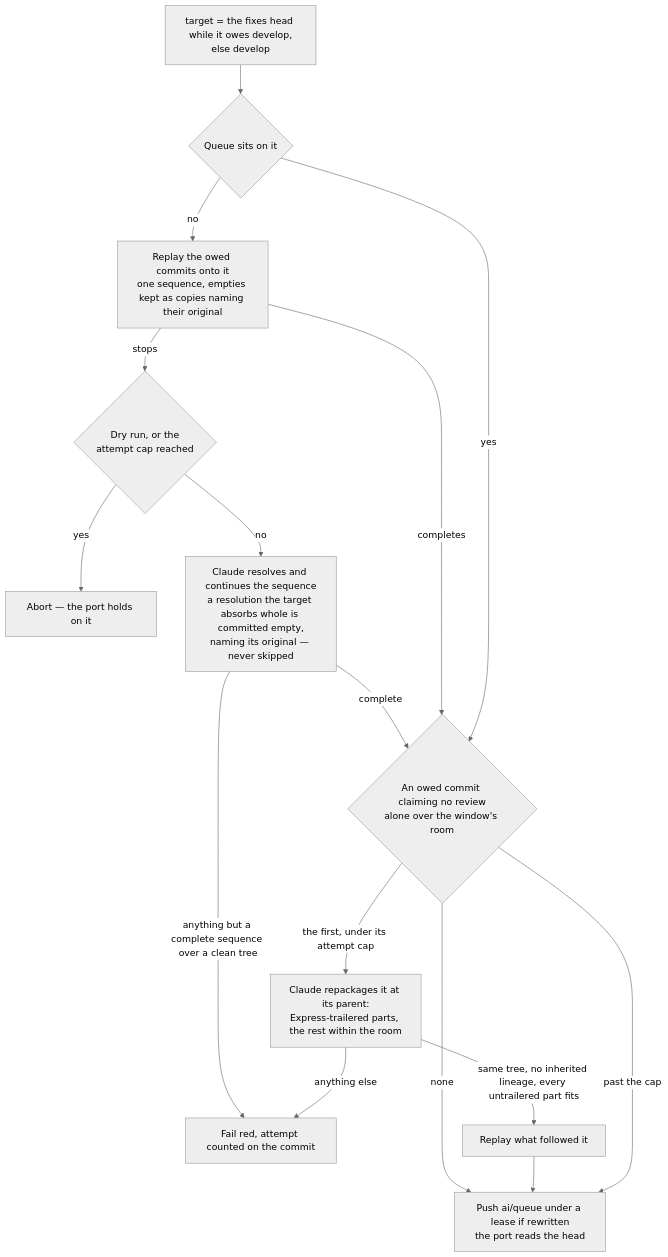
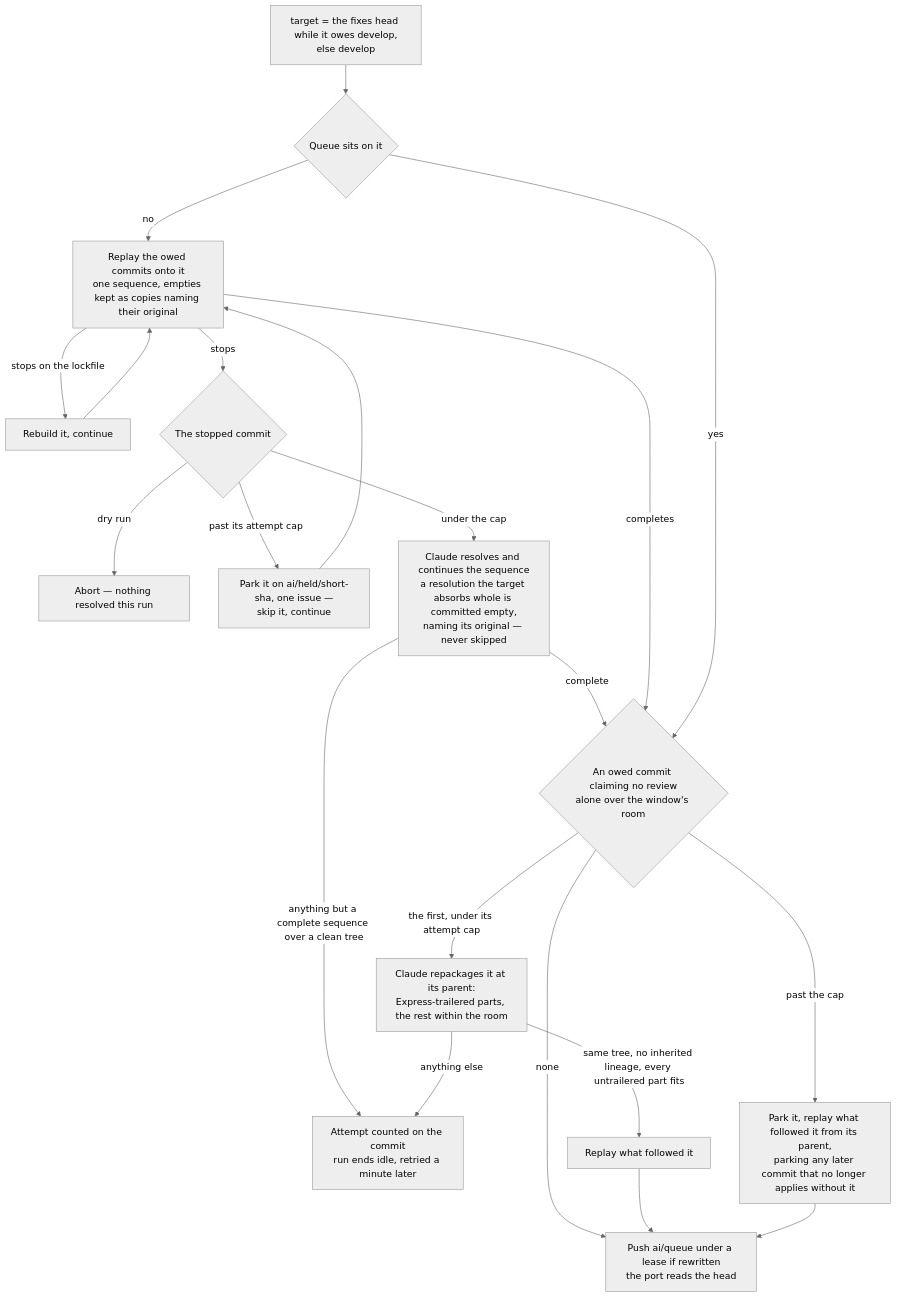
The second of 3 diagrams in apps/web/content/docs/infra/review-collector/collection-cycle.md (Esposter/Esposter), drawn with Mermaid (neutral theme) before and after one commit. The commit also changed other lines of this file and 8 other files, not shown here.

First line of the commit message:
docs(review-collector): a commit past the sync's, the reshaper's or the fold's cap is parked on ai/held/<short-sha> with one issue, and every count is the bot's own through the base's path filters

````diff
--- a/apps/web/content/docs/infra/review-collector/collection-cycle.md
+++ b/apps/web/content/docs/infra/review-collector/collection-cycle.md
@@ -88,17 +89,19 @@
 ```mermaid
 flowchart TD
   T[target = the fixes head while it owes develop,<br/>else develop] --> A{Queue sits on it}
   A -->|no| R[Replay the owed commits onto it<br/>one sequence, empties kept as copies naming their original]
-  R -->|stops| C{Dry run, or the<br/>attempt cap reached}
-  C -->|yes| AB[Abort — the port holds on it]
-  C -->|no| CL[Claude resolves and continues the sequence<br/>a resolution the target absorbs whole is committed empty,<br/>naming its original — never skipped]
-  CL -->|anything but a complete sequence over a clean tree| F[Fail red, attempt counted on the commit]
+  R -->|stops on the lockfile| LF[Rebuild it, continue] --> R
+  R -->|stops| C{The stopped commit}
+  C -->|dry run| AB[Abort — nothing resolved this run]
+  C -->|past its attempt cap| PK[Park it on ai/held/short-sha, one issue —<br/>skip it, continue] --> R
+  C -->|under the cap| CL[Claude resolves and continues the sequence<br/>a resolution the target absorbs whole is committed empty,<br/>naming its original — never skipped]
+  CL -->|anything but a complete sequence over a clean tree| F[Attempt counted on the commit<br/>run ends idle, retried a minute later]
   CL -->|complete| RS
   R -->|completes| RS
   A -->|yes| RS{An owed commit claiming no review<br/>alone over the window's room}
   RS -->|none| P[Push ai/queue under a lease if rewritten<br/>the port reads the head]
   RS -->|the first, under its attempt cap| SH[Claude repackages it at its parent:<br/>Express-trailered parts, the rest within the room]
   SH -->|same tree, no inherited lineage, every untrailered part fits| RP[Replay what followed it] --> P
   SH -->|anything else| F
-  RS -->|past the cap| P
+  RS -->|past the cap| PR[Park it, replay what followed it from its parent,<br/>parking any later commit that no longer applies without it] --> P
 ```
````
